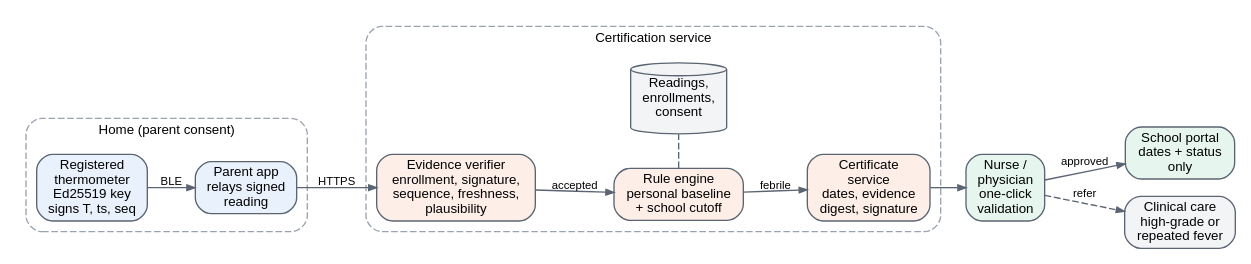
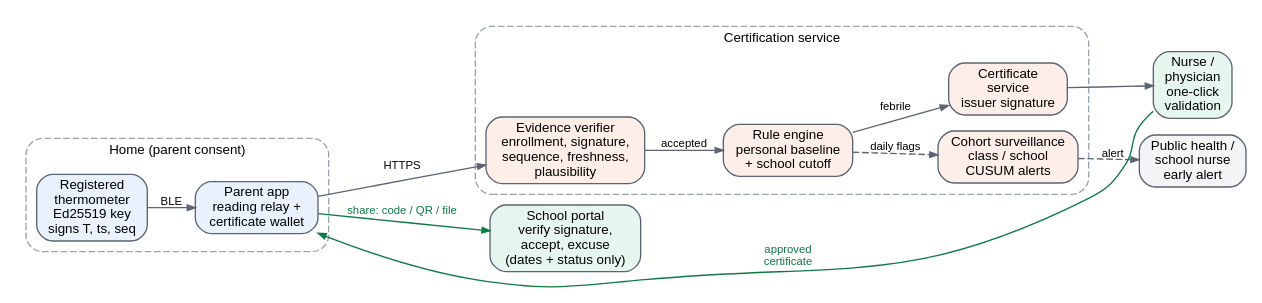
The diagram in docs/diagrams/architecture.dot (ManishXGupta/VerifiedFever-POC), drawn with Graphviz before and after one commit. The commit also changed 37 other files, not shown here.

First line of the commit message:
Add direct share-to-school, early outbreak detection, cost model, UI and graphical abstract

```diff
--- a/docs/diagrams/architecture.dot
+++ b/docs/diagrams/architecture.dot
@@ -1,29 +1,29 @@
 digraph architecture {
-  rankdir=LR; nodesep=0.18; ranksep=0.28; fontname="Helvetica"; newrank=true;
+  rankdir=LR; nodesep=0.16; ranksep=0.26; fontname="Helvetica"; newrank=true;
   node [shape=box, style="rounded,filled", fillcolor="#ffffff", color="#5b6472", fontname="Helvetica", fontsize=10, margin="0.07,0.04"];
   edge [color="#5b6472", fontname="Helvetica", fontsize=8.5, arrowsize=0.6];
 
   subgraph cluster_home { label="Home (parent consent)"; style="rounded,dashed"; color="#9aa3af"; fontsize=10;
-    therm [label="Registered\nthermometer\nEd25519 key\nsigns T, ts, seq", fillcolor="#e8f1fc"];
-    app   [label="Parent app\nrelays signed\nreading", fillcolor="#e8f1fc"];
+    therm  [label="Registered\nthermometer\nEd25519 key\nsigns T, ts, seq", fillcolor="#e8f1fc"];
+    app    [label="Parent app\nreading relay +\ncertificate wallet", fillcolor="#e8f1fc"];
   }
   subgraph cluster_cloud { label="Certification service"; style="rounded,dashed"; color="#9aa3af"; fontsize=10;
     verify [label="Evidence verifier\nenrollment, signature,\nsequence, freshness,\nplausibility", fillcolor="#fdeee7"];
     rules  [label="Rule engine\npersonal baseline\n+ school cutoff", fillcolor="#fdeee7"];
-    cert   [label="Certificate\nservice\ndates, evidence\ndigest, signature", fillcolor="#fdeee7"];
-    db     [label="Readings,\nenrollments,\nconsent", shape=cylinder, fillcolor="#f3f4f6"];
+    cert   [label="Certificate\nservice\nissuer signature", fillcolor="#fdeee7"];
+    surv   [label="Cohort surveillance\nclass / school\nCUSUM alerts", fillcolor="#fdeee7"];
   }
   nurse  [label="Nurse /\nphysician\none-click\nvalidation", fillcolor="#e6f6ef"];
-  school [label="School portal\ndates + status\nonly", fillcolor="#e6f6ef"];
-  clin   [label="Clinical care\nhigh-grade or\nrepeated fever", fillcolor="#f3f4f6"];
+  school [label="School portal\nverify signature,\naccept, excuse\n(dates + status only)", fillcolor="#e6f6ef"];
+  ph     [label="Public health /\nschool nurse\nearly alert", fillcolor="#f3f4f6"];
 
   therm -> app [label="BLE"];
   app -> verify [label="HTTPS"];
   verify -> rules [label="accepted"];
   rules -> cert [label="febrile"];
-  rules -> db [dir=none, style=dashed];
+  rules -> surv [label="daily flags", style=dashed];
+  surv -> ph [label="alert", style=dashed];
   cert -> nurse;
-  nurse -> school [label="approved"];
-  nurse -> clin [label="refer", style=dashed];
-  {rank=same; rules; db}
+  nurse -> app [label="approved\ncertificate", constraint=false, color="#0f7a45", fontcolor="#0f7a45"];
+  app -> school [label="share: code / QR / file", color="#0f7a45", fontcolor="#0f7a45"];
 }
```
